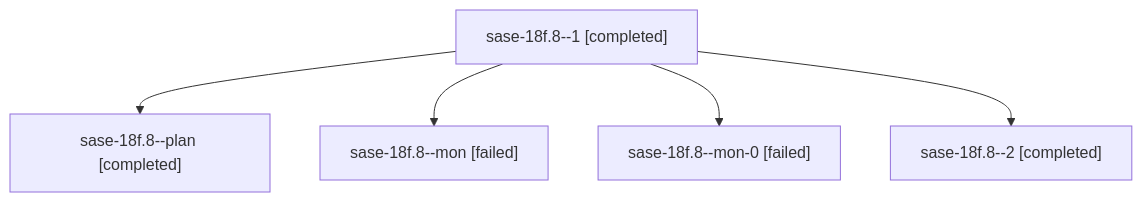
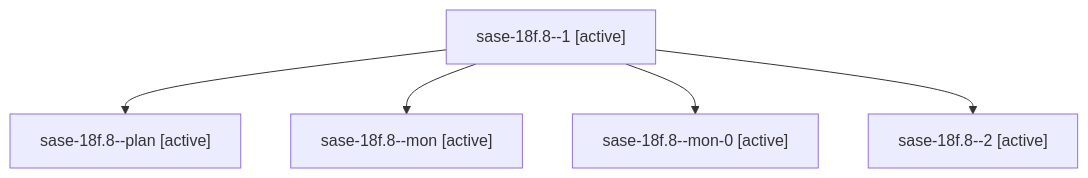
One commit to sase-org/sase--agents changed the diagram in families/bbugyi200.athena.sase-18f.8.md. Above: the diagram before and after it, drawn with Mermaid. The commit also changed other lines of this file and 35830 other files, not shown here.

````diff
--- a/families/bbugyi200.athena.sase-18f.8.md
+++ b/families/bbugyi200.athena.sase-18f.8.md
@@ -9,12 +9,12 @@
 ```mermaid
 flowchart TD
-  n0["sase-18f.8--1 [completed]"]
-  n1["sase-18f.8--plan [completed]"]
+  n0["sase-18f.8--1 [active]"]
+  n1["sase-18f.8--plan [active]"]
   n0 --> n1
-  n2["sase-18f.8--mon [failed]"]
+  n2["sase-18f.8--mon [active]"]
   n0 --> n2
-  n3["sase-18f.8--mon-0 [failed]"]
+  n3["sase-18f.8--mon-0 [active]"]
   n0 --> n3
-  n4["sase-18f.8--2 [completed]"]
+  n4["sase-18f.8--2 [active]"]
   n0 --> n4
 ```
````
